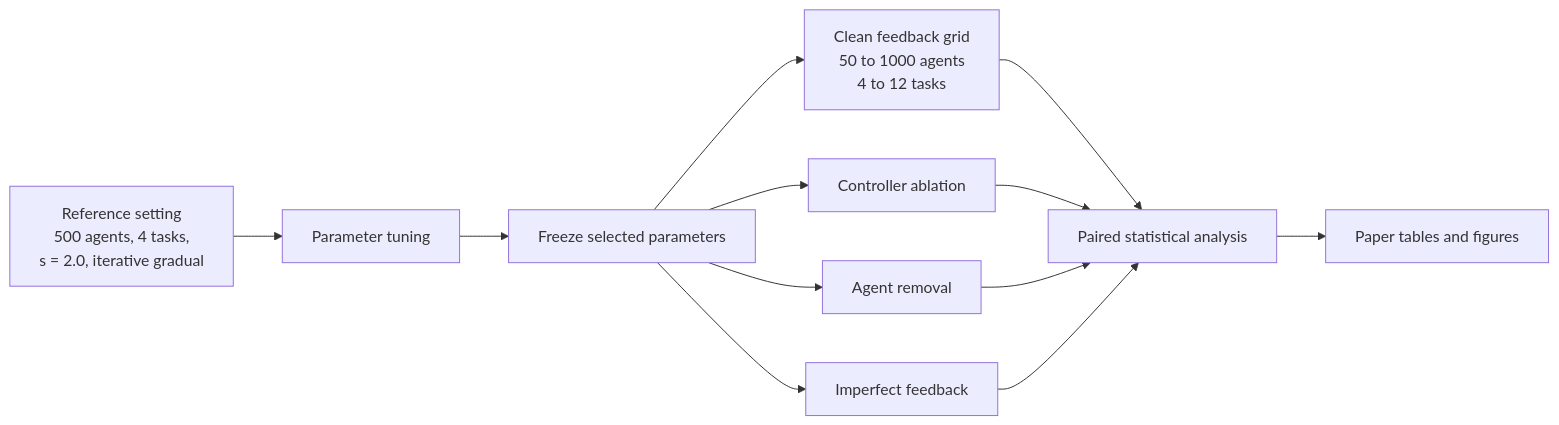
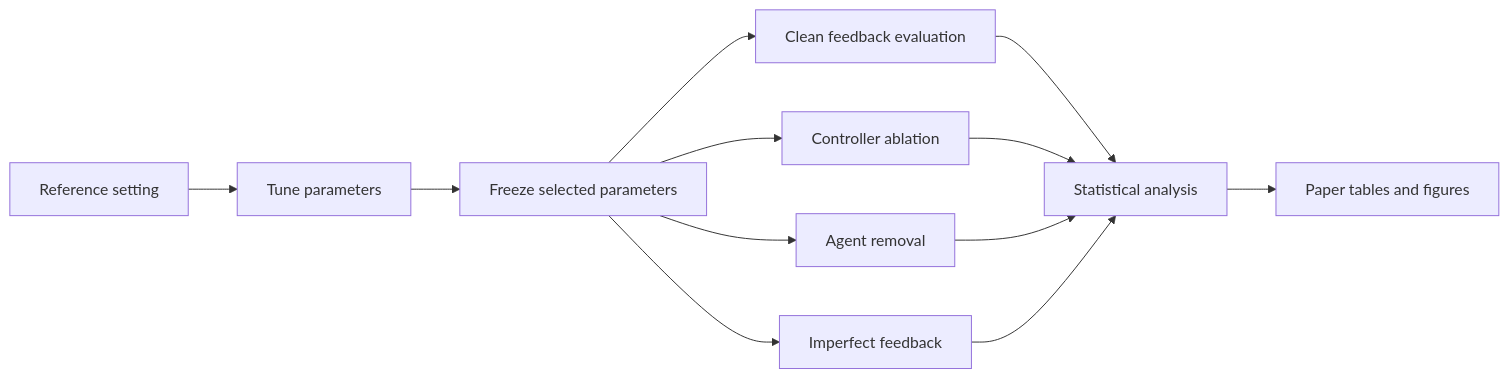
Before and after one commit to MaryamKebari/pta-swarm-task-allocation: the diagram in README.md, drawn with Mermaid. The commit also changed other lines of this file, not shown here.

````diff
--- a/README.md
+++ b/README.md
@@ -30,14 +77,14 @@
 ```mermaid
 flowchart LR
-    A[Reference setting<br/>500 agents, 4 tasks,<br/>s = 2.0, iterative gradual] --> B[Parameter tuning]
+    A[Reference setting] --> B[Tune parameters]
     B --> C[Freeze selected parameters]
-    C --> D[Clean feedback grid<br/>50 to 1000 agents<br/>4 to 12 tasks]
+    C --> D[Clean feedback evaluation]
     C --> E[Controller ablation]
     C --> F[Agent removal]
     C --> G[Imperfect feedback]
-    D --> H[Paired statistical analysis]
+    D --> H[Statistical analysis]
     E --> H
     F --> H
     G --> H
     H --> I[Paper tables and figures]
 ```
````
